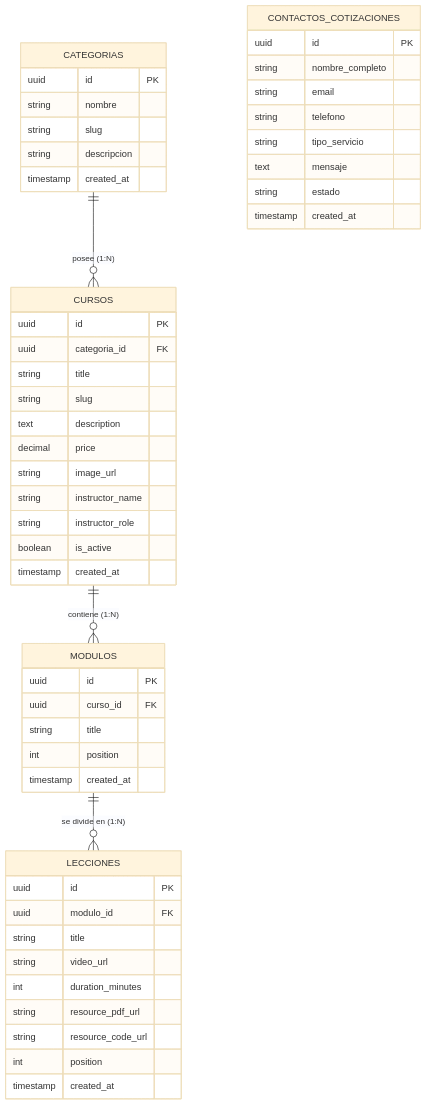
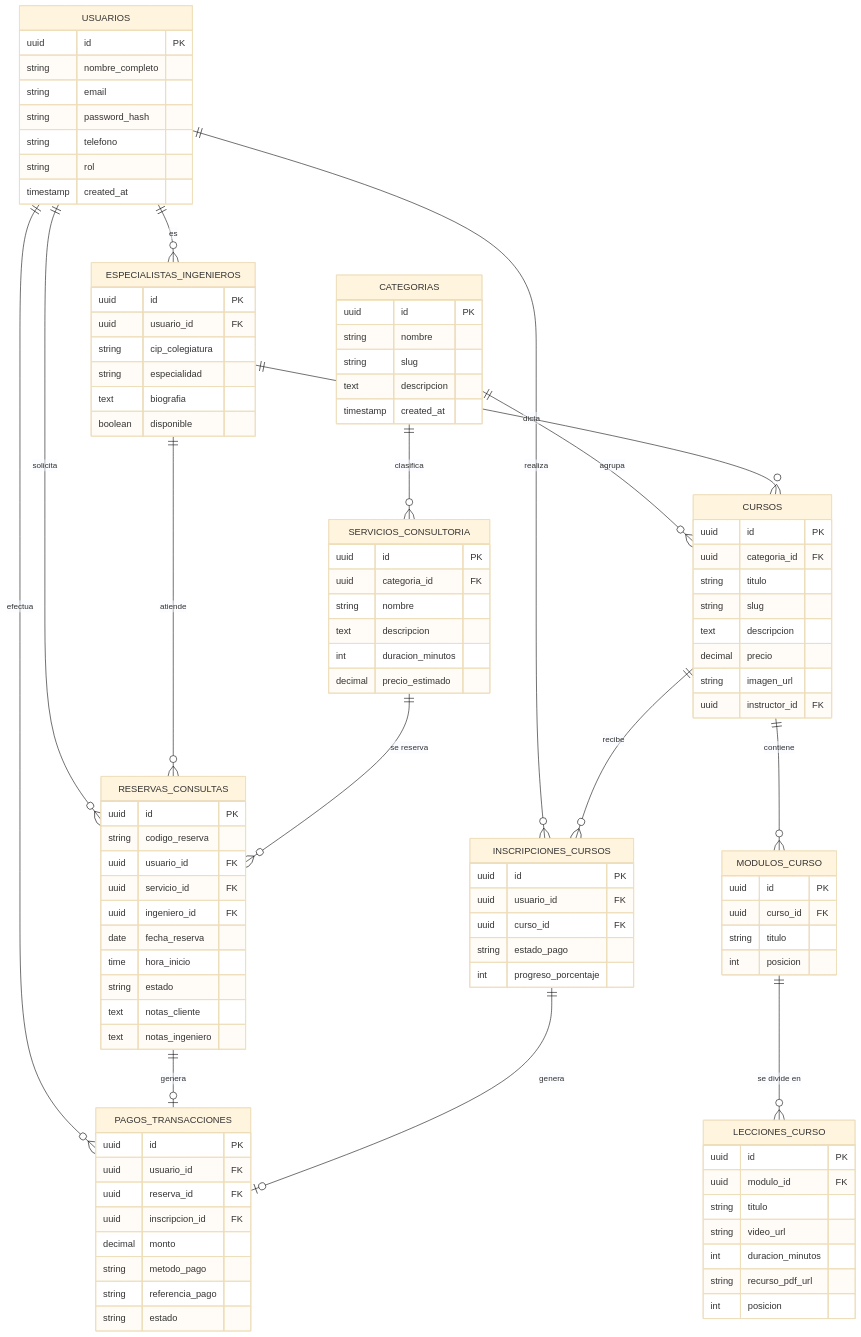
Before and after one commit to ronaldcarbajal35-sketch/constructora: the diagram in DOCUMENTACION_DESARROLLO_SOFTWARE.md, drawn with Mermaid (base theme). The commit also changed other lines of this file and 6 other files, not shown here.

Commit message:
Implementar Login, Registro, Reserva de Consultas y Panel Admin CSIC con BD de 10 tablas

````diff
--- a/DOCUMENTACION_DESARROLLO_SOFTWARE.md
+++ b/DOCUMENTACION_DESARROLLO_SOFTWARE.md
@@ -146,59 +129,119 @@
 ```mermaid
 erDiagram
-    CATEGORIAS ||--o{ CURSOS : "posee (1:N)"
-    CURSOS ||--o{ MODULOS : "contiene (1:N)"
-    MODULOS ||--o{ LECCIONES : "se divide en (1:N)"
-    
+    USUARIOS ||--o{ ESPECIALISTAS_INGENIEROS : "es"
+    USUARIOS ||--o{ RESERVAS_CONSULTAS : "solicita"
+    USUARIOS ||--o{ INSCRIPCIONES_CURSOS : "realiza"
+    USUARIOS ||--o{ PAGOS_TRANSACCIONES : "efectua"
+
+    CATEGORIAS ||--o{ SERVICIOS_CONSULTORIA : "clasifica"
+    CATEGORIAS ||--o{ CURSOS : "agrupa"
+
+    ESPECIALISTAS_INGENIEROS ||--o{ RESERVAS_CONSULTAS : "atiende"
+    ESPECIALISTAS_INGENIEROS ||--o{ CURSOS : "dicta"
+
+    SERVICIOS_CONSULTORIA ||--o{ RESERVAS_CONSULTAS : "se reserva"
+
+    CURSOS ||--o{ MODULOS_CURSO : "contiene"
+    CURSOS ||--o{ INSCRIPCIONES_CURSOS : "recibe"
+
+    MODULOS_CURSO ||--o{ LECCIONES_CURSO : "se divide en"
+
+    RESERVAS_CONSULTAS ||--o| PAGOS_TRANSACCIONES : "genera"
+    INSCRIPCIONES_CURSOS ||--o| PAGOS_TRANSACCIONES : "genera"
+
+    USUARIOS {
+        uuid id PK
+        string nombre_completo
+        string email
+        string password_hash
+        string telefono
+        string rol
+        timestamp created_at
+    }
+
     CATEGORIAS {
         uuid id PK
         string nombre
         string slug
-        string descripcion
+        text descripcion
         timestamp created_at
+    }
+
+    ESPECIALISTAS_INGENIEROS {
+        uuid id PK
+        uuid usuario_id FK
+        string cip_colegiatura
+        string especialidad
+        text biografia
+        boolean disponible
+    }
+
+    SERVICIOS_CONSULTORIA {
+        uuid id PK
+        uuid categoria_id FK
+        string nombre
+        text descripcion
+        int duracion_minutos
+        decimal precio_estimado
+    }
+
+    RESERVAS_CONSULTAS {
+        uuid id PK
+        string codigo_reserva
+        uuid usuario_id FK
+        uuid servicio_id FK
+        uuid ingeniero_id FK
+        date fecha_reserva
+        time hora_inicio
+        string estado
+        text notas_cliente
+        text notas_ingeniero
     }
 
     CURSOS {
         uuid id PK
         uuid categoria_id FK
-        string title
+        string titulo
         string slug
-        text description
-        decimal price
-        string image_url
-        string instructor_name
-        string instructor_role
-        boolean is_active
-        timestamp created_at
+        text descripcion
+        decimal precio
+        string imagen_url
+        uuid instructor_id FK
     }
 
-    MODULOS {
+    MODULOS_CURSO {
         uuid id PK
         uuid curso_id FK
-        string title
-        int position
-        timestamp created_at
+        string titulo
+        int posicion
     }
 
-    LECCIONES {
+    LECCIONES_CURSO {
         uuid id PK
         uuid modulo_id FK
-        string title
+        string titulo
         string video_url
-        int duration_minutes
-        string resource_pdf_url
-        string resource_code_url
-        int position
-        timestamp created_at
+        int duracion_minutos
+        string recurso_pdf_url
+        int posicion
     }
 
-    CONTACTOS_COTIZACIONES {
+    INSCRIPCIONES_CURSOS {
         uuid id PK
-        string nombre_completo
-        string email
-        string telefono
-        string tipo_servicio
-        text mensaje
+        uuid usuario_id FK
+        uuid curso_id FK
+        string estado_pago
+        int progreso_porcentaje
+    }
+
+    PAGOS_TRANSACCIONES {
+        uuid id PK
+        uuid usuario_id FK
+        uuid reserva_id FK
+        uuid inscripcion_id FK
+        decimal monto
+        string metodo_pago
+        string referencia_pago
         string estado
-        timestamp created_at
     }
 ```
````
